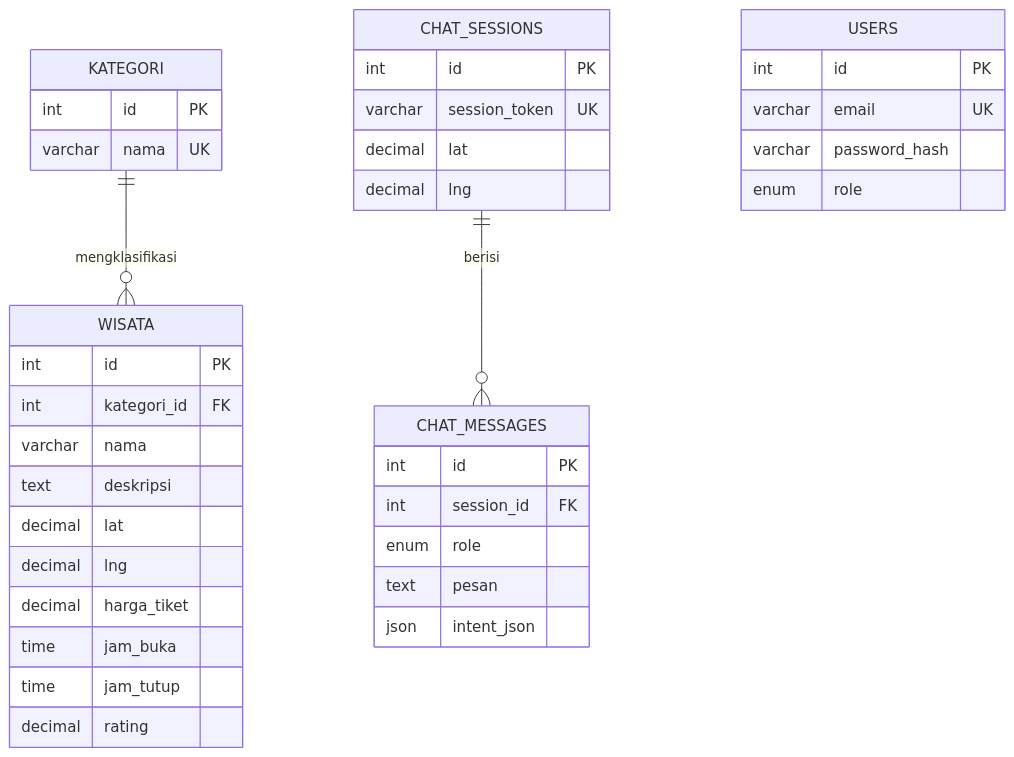
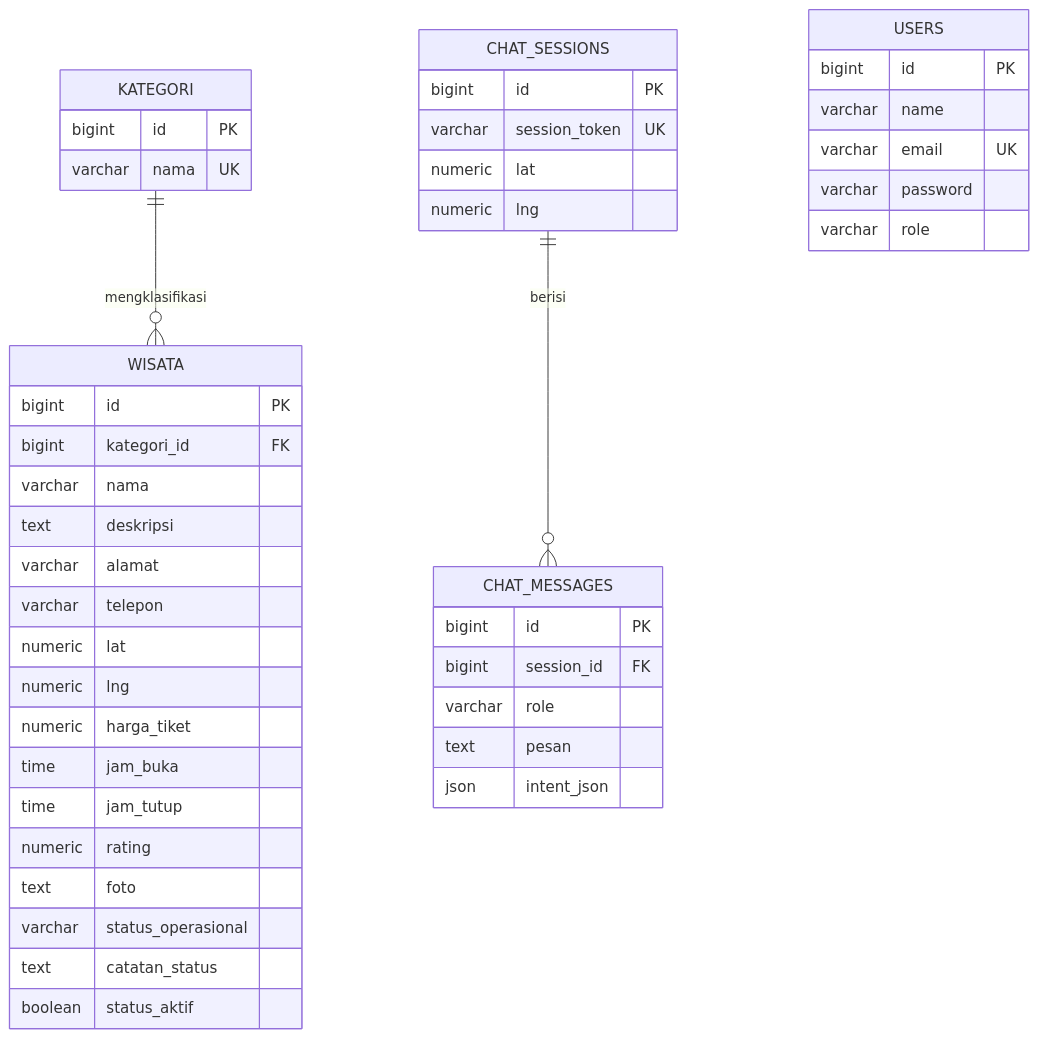
One commit to Hendrasetyawan1945/JIS changed the second of 2 diagrams in DESAIN.md. Above: the diagram before and after it, drawn with Mermaid. The commit also changed 31 other files, not shown here.

````diff
--- a/DESAIN.md
+++ b/DESAIN.md
@@ -35,41 +35,48 @@
 ```mermaid
 erDiagram
     KATEGORI ||--o{ WISATA : "mengklasifikasi"
     CHAT_SESSIONS ||--o{ CHAT_MESSAGES : "berisi"
 
     KATEGORI {
-        int id PK
+        bigint id PK
         varchar nama UK
     }
     WISATA {
-        int id PK
-        int kategori_id FK
+        bigint id PK
+        bigint kategori_id FK
         varchar nama
         text deskripsi
-        decimal lat
-        decimal lng
-        decimal harga_tiket
+        varchar alamat
+        varchar telepon
+        numeric lat
+        numeric lng
+        numeric harga_tiket
         time jam_buka
         time jam_tutup
-        decimal rating
+        numeric rating
+        text foto
+        varchar status_operasional
+        text catatan_status
+        boolean status_aktif
     }
     USERS {
-        int id PK
+        bigint id PK
+        varchar name
         varchar email UK
-        varchar password_hash
-        enum role
+        varchar password
+        varchar role
     }
     CHAT_SESSIONS {
-        int id PK
+        bigint id PK
         varchar session_token UK
-        decimal lat
-        decimal lng
+        numeric lat
+        numeric lng
     }
     CHAT_MESSAGES {
-        int id PK
-        int session_id FK
-        enum role
+        bigint id PK
+        bigint session_id FK
+        varchar role
         text pesan
         json intent_json
     }
 ```
````
